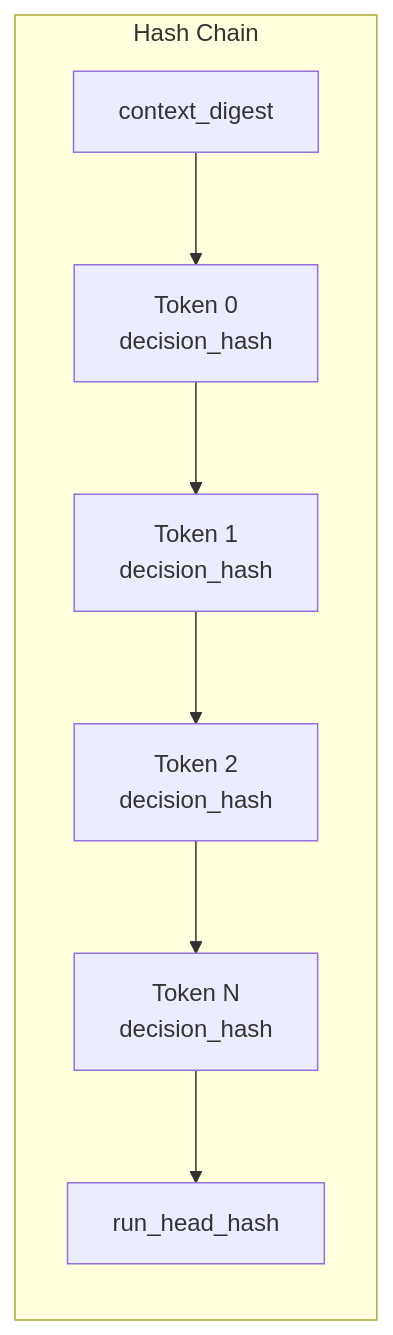
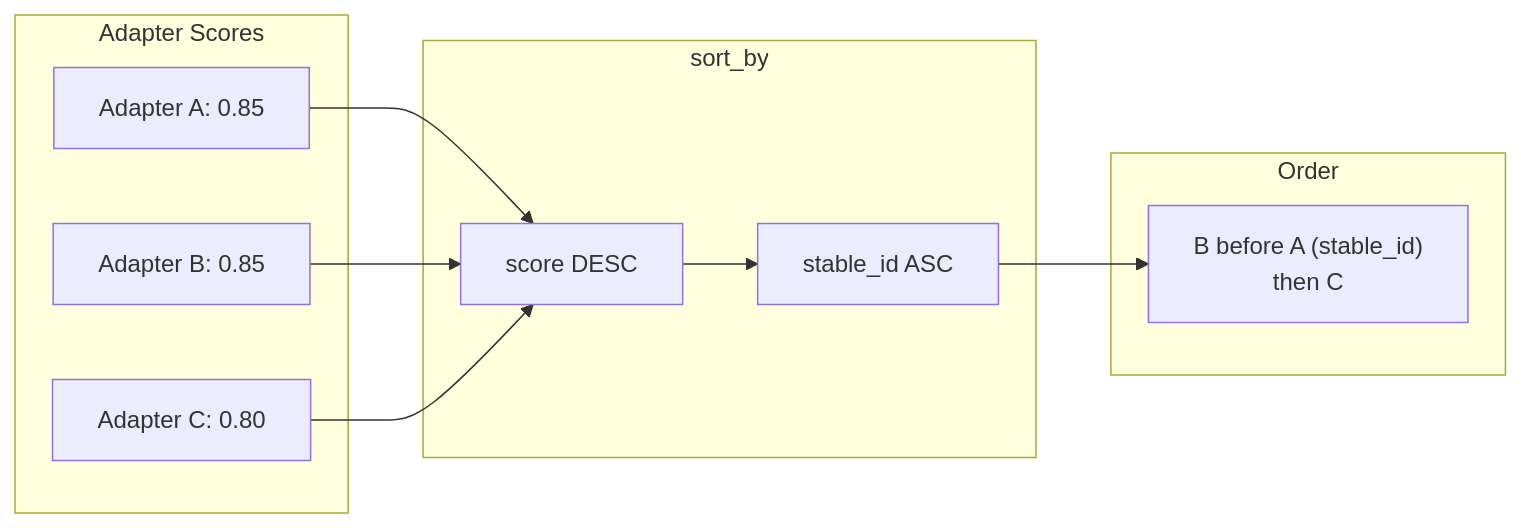
Before and after one commit to rogu3bear/adapter-os: the second of 2 diagrams in docs/DETERMINISM.md, drawn with Mermaid. The commit also changed other lines of this file and 30 other files, not shown here.

````diff
--- a/docs/DETERMINISM.md
+++ b/docs/DETERMINISM.md
@@ -423,13 +43,22 @@
 ```mermaid
 flowchart LR
-    subgraph "Hash Chain"
-        H0["context_digest"]
-        D1["Token 0<br/>decision_hash"]
-        D2["Token 1<br/>decision_hash"]
-        D3["Token 2<br/>decision_hash"]
-        DN["Token N<br/>decision_hash"]
-        RH["run_head_hash"]
+    subgraph Input["Adapter Scores"]
+        A["Adapter A: 0.85"]
+        B["Adapter B: 0.85"]
+        C["Adapter C: 0.80"]
     end
-    
-    H0 --> D1 --> D2 --> D3 --> DN --> RH
+
+    subgraph Sort["sort_by"]
+        S1["score DESC"]
+        S2["stable_id ASC"]
+    end
+
+    subgraph Output["Order"]
+        O["B before A (stable_id)<br/>then C"]
+    end
+
+    A --> S1
+    B --> S1
+    C --> S1
+    S1 --> S2 --> O
 ```
````
